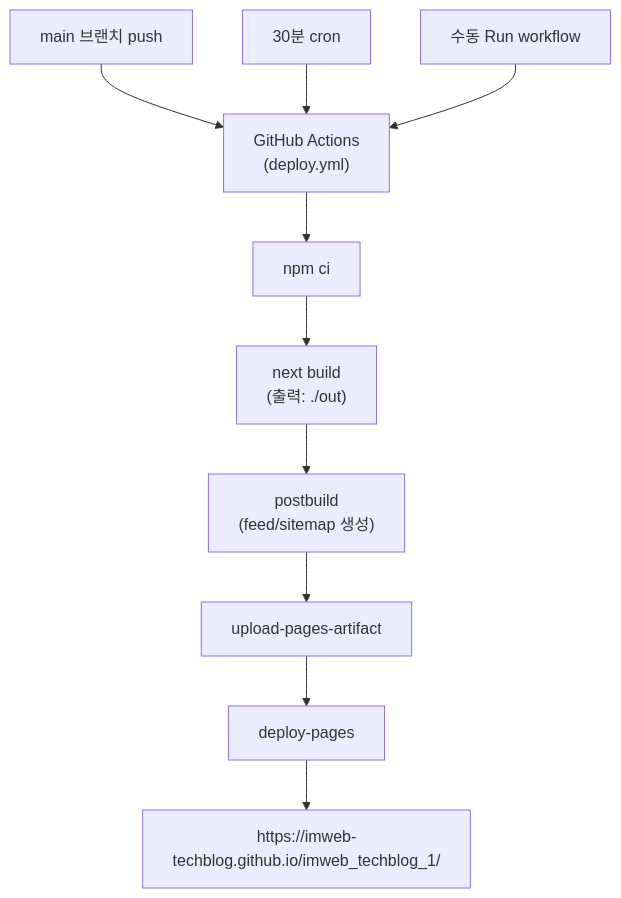
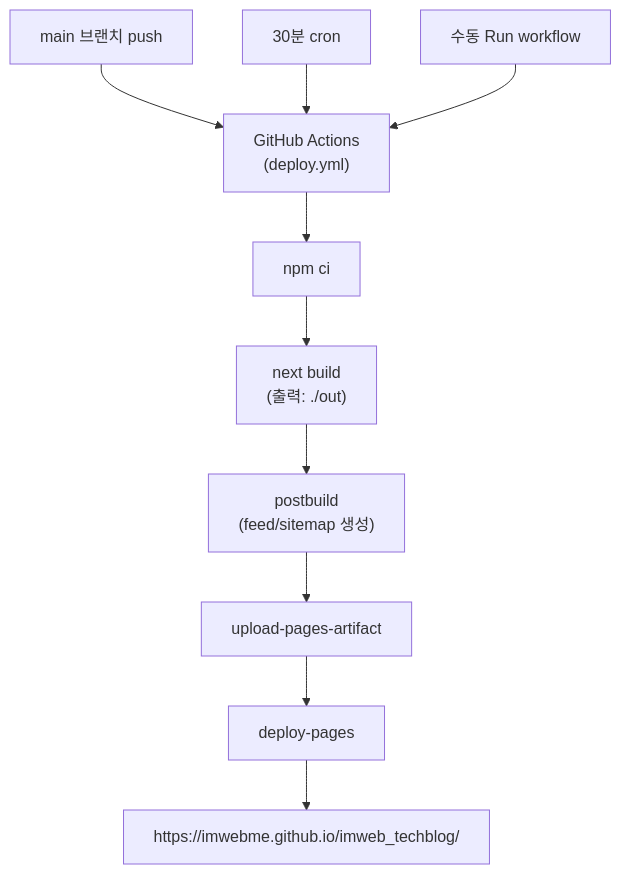
Before and after one commit to imwebme/imweb_techblog: the second of 2 diagrams in STRUCTURE.md, drawn with Mermaid. The commit also changed other lines of this file and 6 other files, not shown here.

First line of the commit message:
chore: 팀 repo 이전 대비 — 새 주소(imwebme/imweb_techblog) 로 일괄 갱신

````diff
--- a/STRUCTURE.md
+++ b/STRUCTURE.md
@@ -225,16 +225,16 @@
 ```mermaid
 flowchart TB
   T1["main 브랜치 push"]
   T2["30분 cron"]
   T3["수동 Run workflow"]
   T1 --> A
   T2 --> A
   T3 --> A
   A["GitHub Actions<br/>(deploy.yml)"]
   A --> I["npm ci"]
   I --> B["next build<br/>(출력: ./out)"]
   B --> PB["postbuild<br/>(feed/sitemap 생성)"]
   PB --> AR["upload-pages-artifact"]
   AR --> D["deploy-pages"]
-  D --> GH["https://imweb-techblog.github.io/imweb_techblog_1/"]
+  D --> GH["https://imwebme.github.io/imweb_techblog/"]
 ```
````
